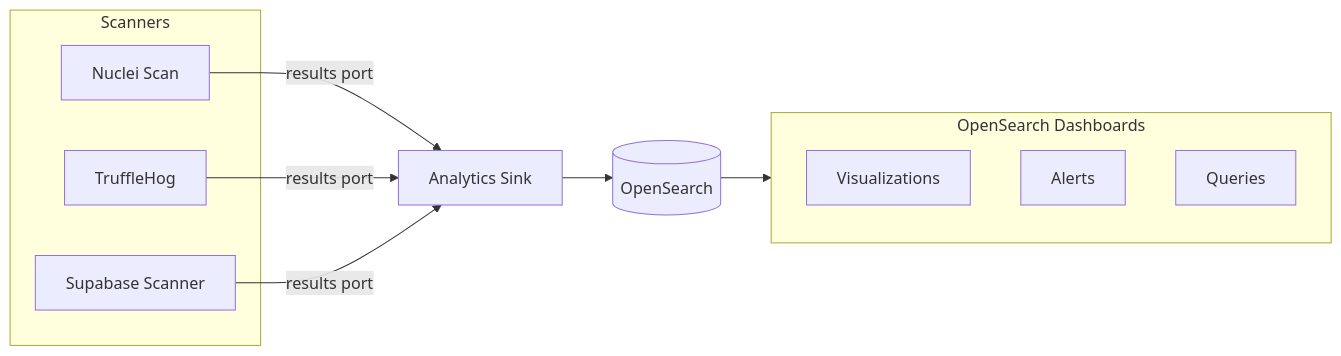
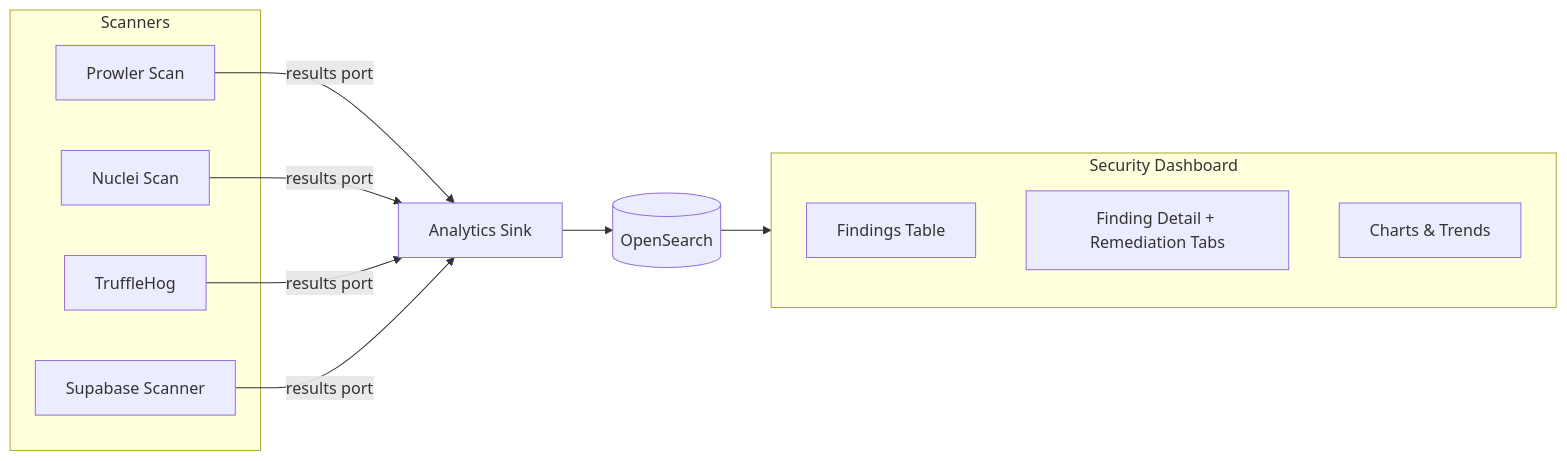
One commit to ShipSecAI/studio changed the diagram in docs/development/workflow-analytics.mdx. Above: the diagram before and after it, drawn with Mermaid. The commit also changed other lines of this file and 3 other files, not shown here.

Commit message:
docs: document Prowler remediation metadata and scanner-aware status filtering

````diff
--- a/docs/development/workflow-analytics.mdx
+++ b/docs/development/workflow-analytics.mdx
@@ -23,23 +23,25 @@
 ```mermaid
 flowchart LR
     subgraph Scanners
+        P[Prowler Scan]
         N[Nuclei Scan]
         T[TruffleHog]
         S[Supabase Scanner]
     end
 
     AS[Analytics Sink]
     OS[(OpenSearch)]
 
-    subgraph Dashboard[OpenSearch Dashboards]
-        V[Visualizations]
-        A[Alerts]
-        Q[Queries]
+    subgraph Dashboard[Security Dashboard]
+        V[Findings Table]
+        D[Finding Detail + Remediation Tabs]
+        C[Charts & Trends]
     end
 
+    P -->|results port| AS
     N -->|results port| AS
     T -->|results port| AS
     S -->|results port| AS
     AS --> OS
     OS --> Dashboard
 ```
````
